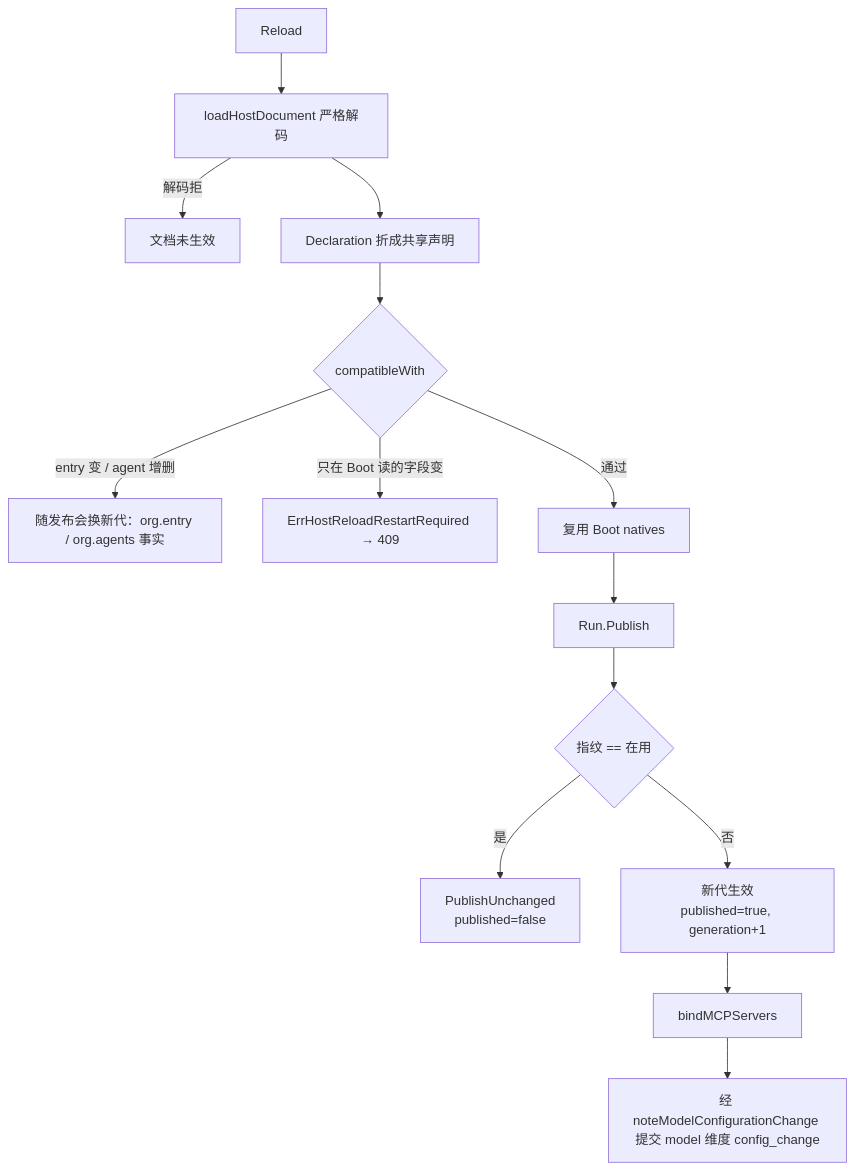
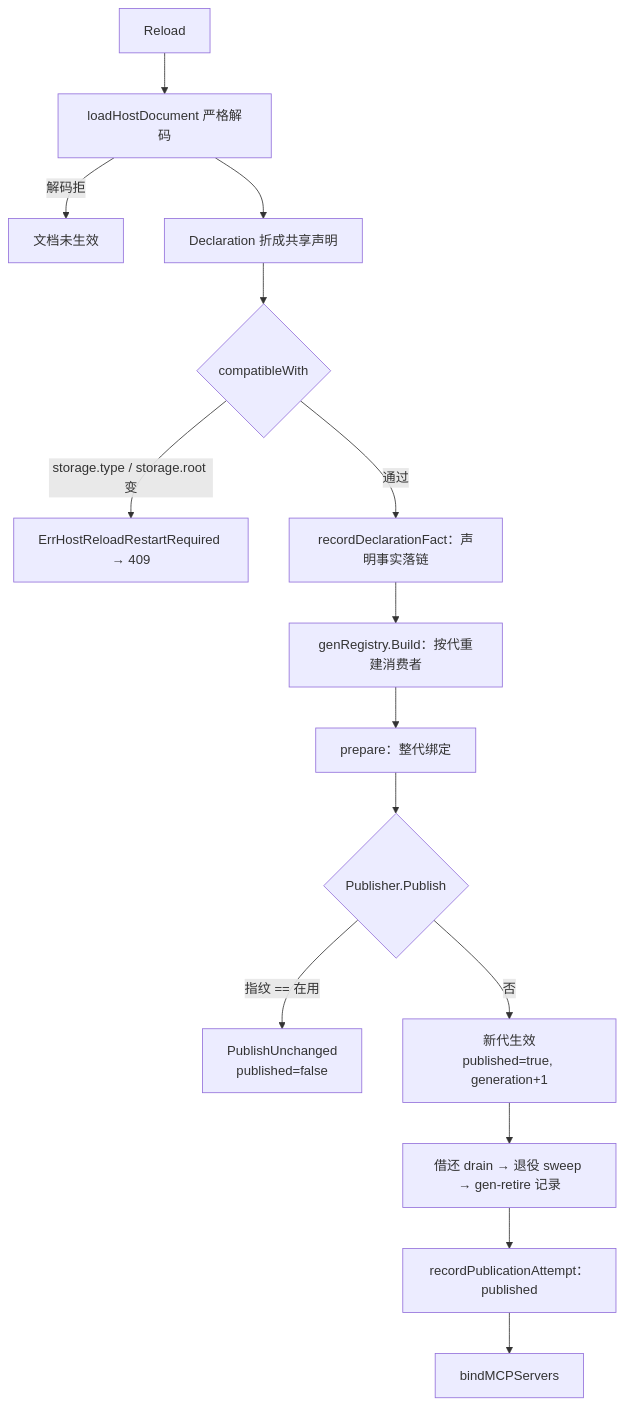
The diagram in docs/wiki/platform/org-hot-reload.md (SpellingDragon/tagent), drawn with Mermaid before and after one commit. The commit also changed other lines of this file and 294 other files, not shown here.

First line of the commit message:
purify: unified atomic storage, generation-scoped hot update, chain-single-truth cleanup

````diff
--- a/docs/wiki/platform/org-hot-reload.md
+++ b/docs/wiki/platform/org-hot-reload.md
@@ -10,16 +10,17 @@
 ```mermaid
 flowchart TD
   A[Reload] --> B[loadHostDocument 严格解码]
   B -->|解码拒| X[文档未生效]
   B --> C[Declaration 折成共享声明]
   C --> D{compatibleWith}
-  D -->|entry 变 / agent 增删| E[随发布会换新代：org.entry / org.agents 事实]
-  D -->|只在 Boot 读的字段变| F[ErrHostReloadRestartRequired → 409]
-  D -->|通过| G[复用 Boot natives]
-  G --> H[Run.Publish]
-  H --> I{指纹 == 在用}
-  I -->|是| J[PublishUnchanged<br/>published=false]
-  I -->|否| K[新代生效<br/>published=true, generation+1]
-  K --> L[bindMCPServers]
-  L --> M[经 noteModelConfigurationChange 提交 model 维度 config_change]
+  D -->|storage.type / storage.root 变| F[ErrHostReloadRestartRequired → 409]
+  D -->|通过| G[recordDeclarationFact：声明事实落链]
+  G --> H[genRegistry.Build：按代重建消费者]
+  H --> I[prepare：整代绑定]
+  I --> J{Publisher.Publish}
+  J -->|指纹 == 在用| K[PublishUnchanged<br/>published=false]
+  J -->|否| L[新代生效<br/>published=true, generation+1]
+  L --> M[借还 drain → 退役 sweep → gen-retire 记录]
+  M --> N[recordPublicationAttempt：published]
+  N --> O[bindMCPServers]
 ```
````
